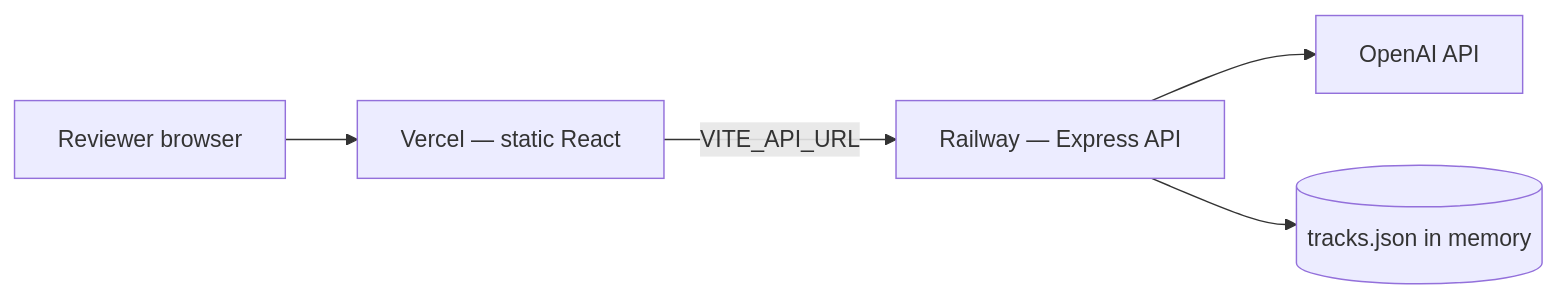
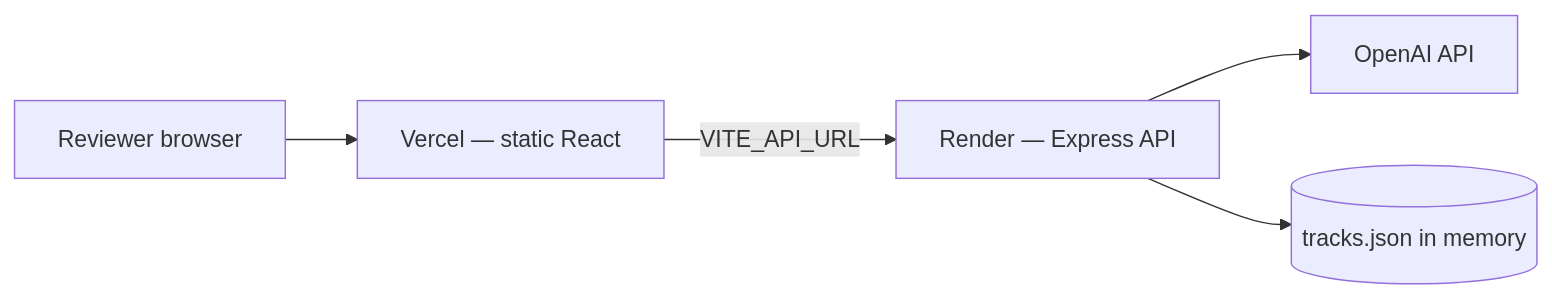
One commit to tejas2904-RM/Spotify-Moments-MVP changed the diagram in Docs/implementation.md. Above: the diagram before and after it, drawn with Mermaid. The commit also changed other lines of this file and 17 other files, not shown here.

Commit message:
Switch backend deployment from Railway to Render; remove Railway/Koyeb/Fly configs.

````diff
--- a/Docs/implementation.md
+++ b/Docs/implementation.md
@@ -1801,7 +1793,7 @@
 ```mermaid
 flowchart LR
     User[Reviewer browser] --> Vercel[Vercel — static React]
-    Vercel -->|VITE_API_URL| Railway[Railway — Express API]
-    Railway --> LLM[OpenAI API]
-    Railway --> JSON[(tracks.json in memory)]
+    Vercel -->|VITE_API_URL| Render[Render — Express API]
+    Render --> LLM[OpenAI API]
+    Render --> JSON[(tracks.json in memory)]
 ```
````
